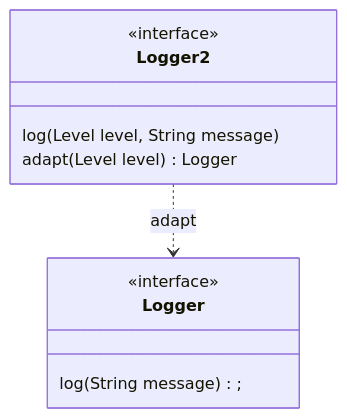
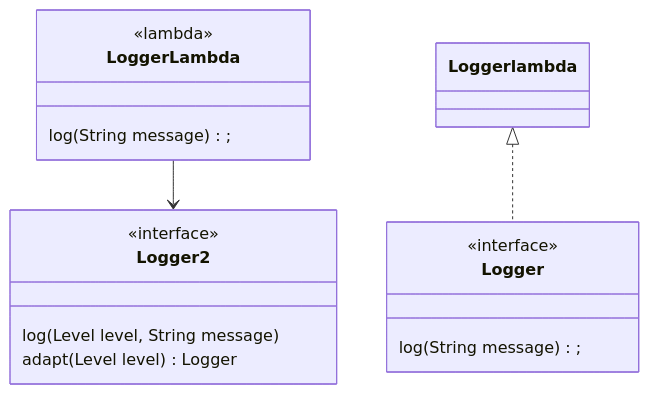
Before and after one commit to forax/design-pattern-reloaded: the diagram in src/main/java/adapter/README.md, drawn with Mermaid. The commit also changed other lines of this file, not shown here.

Commit message:
improve diagram

````diff
--- a/src/main/java/adapter/README.md
+++ b/src/main/java/adapter/README.md
@@ -62,13 +65,18 @@
 ```mermaid
 classDiagram
 class Logger {
   <<interface>>
+  log(String message);
+}
+class LoggerLambda {
+  <<lambda>>
   log(String message);
 }
 class Logger2 {
   <<interface>>
   log(Level level, String message)
   adapt(Level level) Logger
 }
-Logger2 ..> Logger : adapt
+Loggerlambda <|.. Logger
+LoggerLambda --> Logger2
 ```
````
